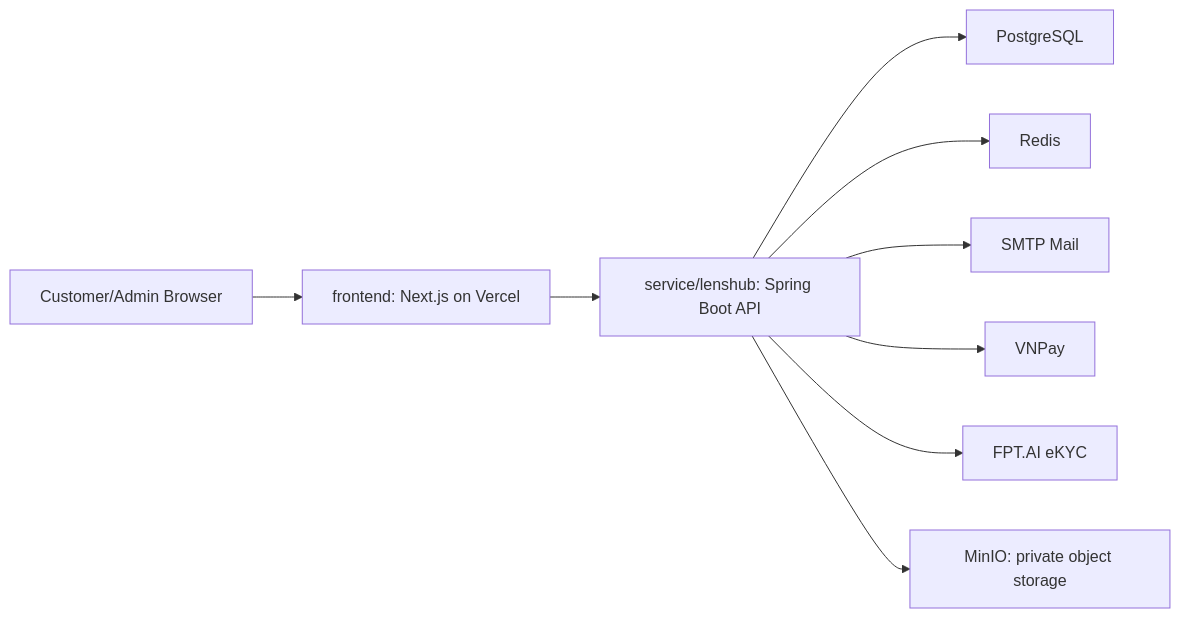
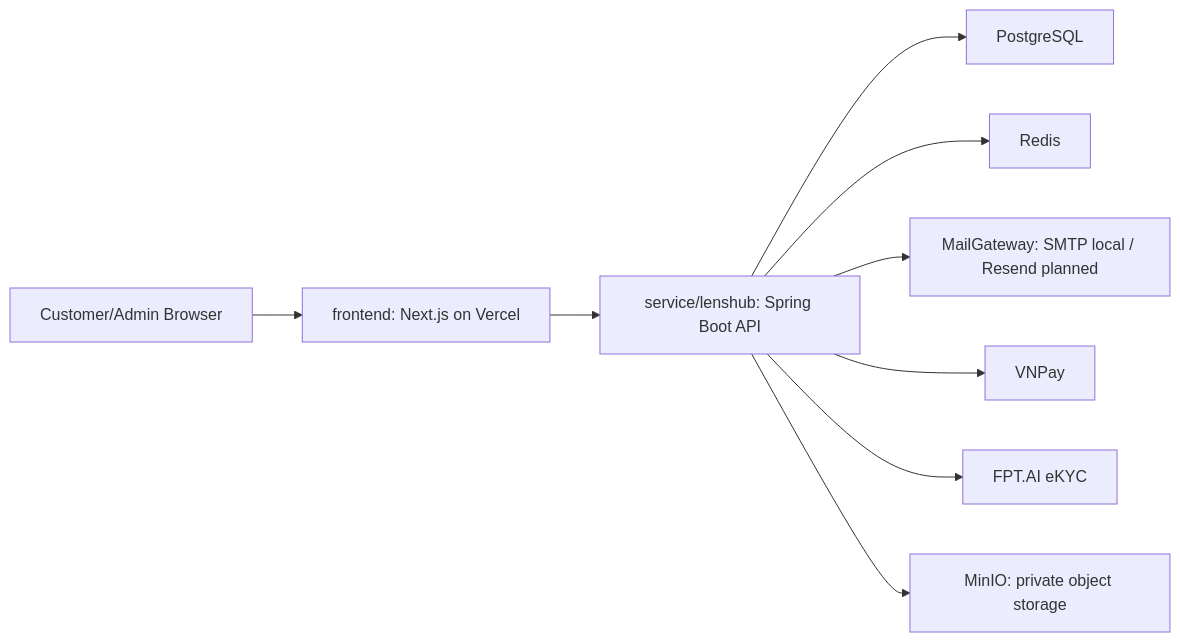
One commit to ZzZueszZ/digital-rental changed the first of 4 diagrams in docs/system-architecture.md. Above: the diagram before and after it, drawn with Mermaid. The commit also changed other lines of this file and 36 other files, not shown here.

````diff
--- a/docs/system-architecture.md
+++ b/docs/system-architecture.md
@@ -12,11 +12,11 @@
 ```mermaid
 flowchart LR
   Customer["Customer/Admin Browser"] --> Next["frontend: Next.js on Vercel"]
   Next --> API["service/lenshub: Spring Boot API"]
   API --> PG["PostgreSQL"]
   API --> Redis["Redis"]
-  API --> Mail["SMTP Mail"]
+  API --> Mail["MailGateway: SMTP local / Resend planned"]
   API --> VNPay["VNPay"]
   API --> FPT["FPT.AI eKYC"]
   API --> MinIO["MinIO: private object storage"]
 ```
````
